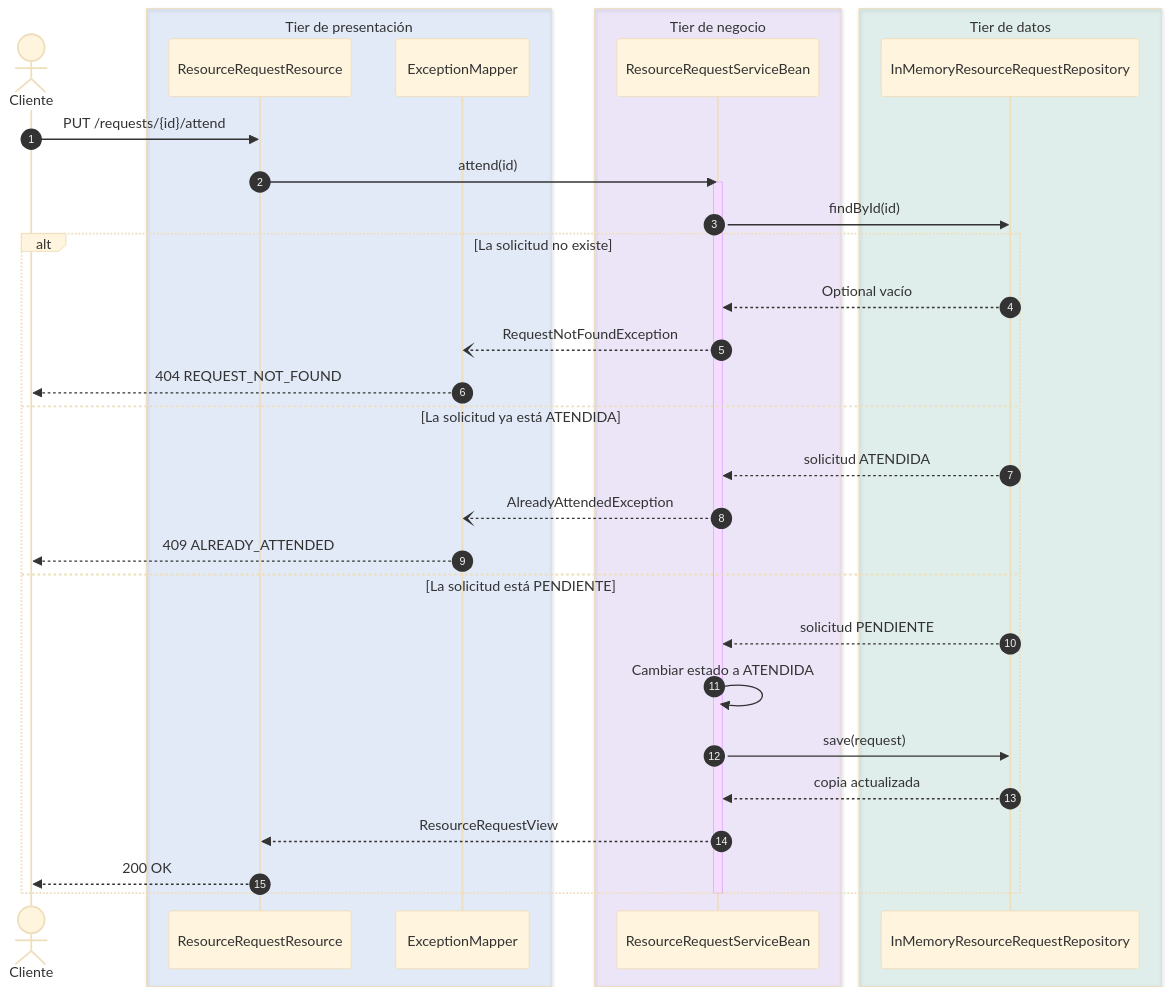
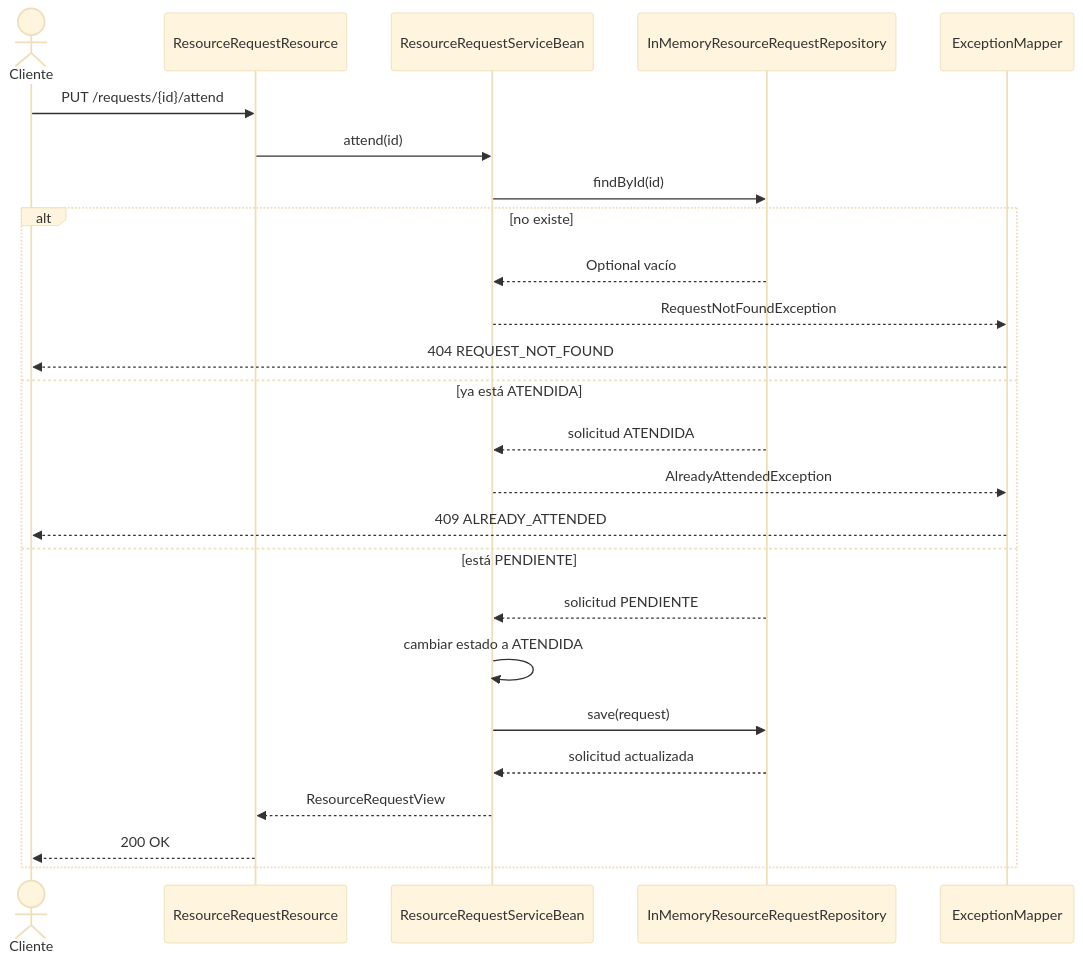
Before and after one commit to andreMD287/JEE-Negocio: the fifth of 9 diagrams in docs/arquitectura.md, drawn with Mermaid (base theme). The commit also changed other lines of this file and 2 other files, not shown here.

Commit message:
Documentación: diagramas en blanco y negro y evidencias resumidas

````diff
--- a/docs/arquitectura.md
+++ b/docs/arquitectura.md
@@ -307,38 +260,28 @@
 ```mermaid
 sequenceDiagram
-    autonumber
     actor C as Cliente
-    box rgba(37,99,235,0.10) Tier de presentación
-        participant API as ResourceRequestResource
-        participant MAP as ExceptionMapper
-    end
-    box rgba(124,58,237,0.10) Tier de negocio
-        participant EJB as ResourceRequestServiceBean
-    end
-    box rgba(5,150,105,0.10) Tier de datos
-        participant REP as InMemoryResourceRequestRepository
-    end
+    participant API as ResourceRequestResource
+    participant EJB as ResourceRequestServiceBean
+    participant REP as InMemoryResourceRequestRepository
+    participant MAP as ExceptionMapper
 
     C->>API: PUT /requests/{id}/attend
     API->>EJB: attend(id)
-    activate EJB
     EJB->>REP: findById(id)
-
-    alt La solicitud no existe
+    alt no existe
         REP-->>EJB: Optional vacío
-        EJB--)MAP: RequestNotFoundException
+        EJB-->>MAP: RequestNotFoundException
         MAP-->>C: 404 REQUEST_NOT_FOUND
-    else La solicitud ya está ATENDIDA
+    else ya está ATENDIDA
         REP-->>EJB: solicitud ATENDIDA
-        EJB--)MAP: AlreadyAttendedException
+        EJB-->>MAP: AlreadyAttendedException
         MAP-->>C: 409 ALREADY_ATTENDED
-    else La solicitud está PENDIENTE
+    else está PENDIENTE
         REP-->>EJB: solicitud PENDIENTE
-        EJB->>EJB: Cambiar estado a ATENDIDA
+        EJB->>EJB: cambiar estado a ATENDIDA
         EJB->>REP: save(request)
-        REP-->>EJB: copia actualizada
+        REP-->>EJB: solicitud actualizada
         EJB-->>API: ResourceRequestView
         API-->>C: 200 OK
     end
-    deactivate EJB
 ```
````
